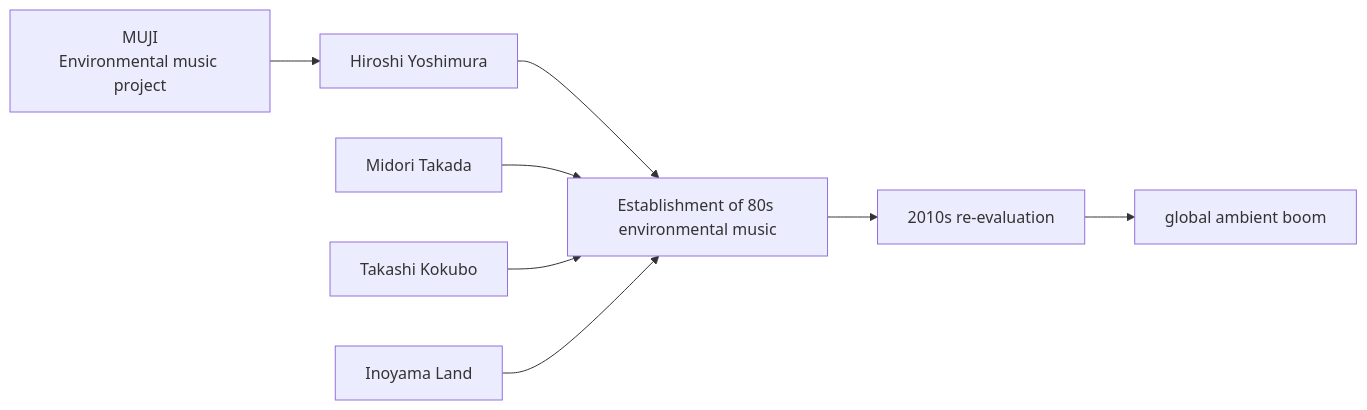
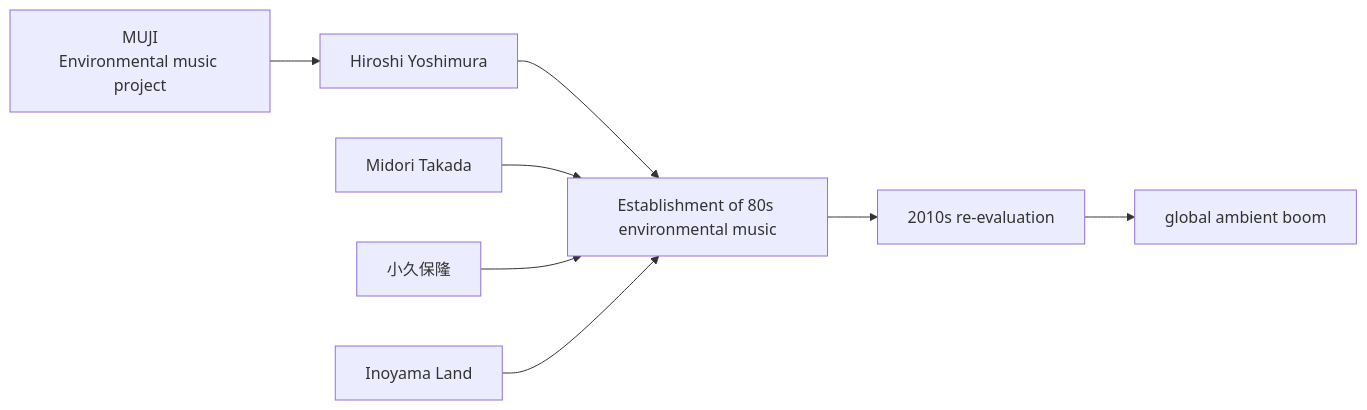
The diagram in en/_posts/2025-11-28-column-japanese-ambient-environmental-music.md (monumental-movement/monumental-movement.github.io), drawn with Mermaid before and after one commit. The commit also changed other lines of this file and 1012 other files, not shown here.

```diff
--- a/en/_posts/2025-11-28-column-japanese-ambient-environmental-music.md
+++ b/en/_posts/2025-11-28-column-japanese-ambient-environmental-music.md
@@ -253,10 +253,10 @@
 <div class="mermaid">
 graph LR
     MUJI[MUJI<br>Environmental music project] --> YH[Hiroshi Yoshimura]
     YH --> JP[Establishment of 80s environmental music]
     MT[Midori Takada] --> JP
-    TK[Takashi Kokubo] --> JP
+    TK[小久保隆] --> JP
     INO[Inoyama Land] --> JP
     JP --> RE[2010s re-evaluation]
     RE --> WW[global ambient boom]
 </div>
```
